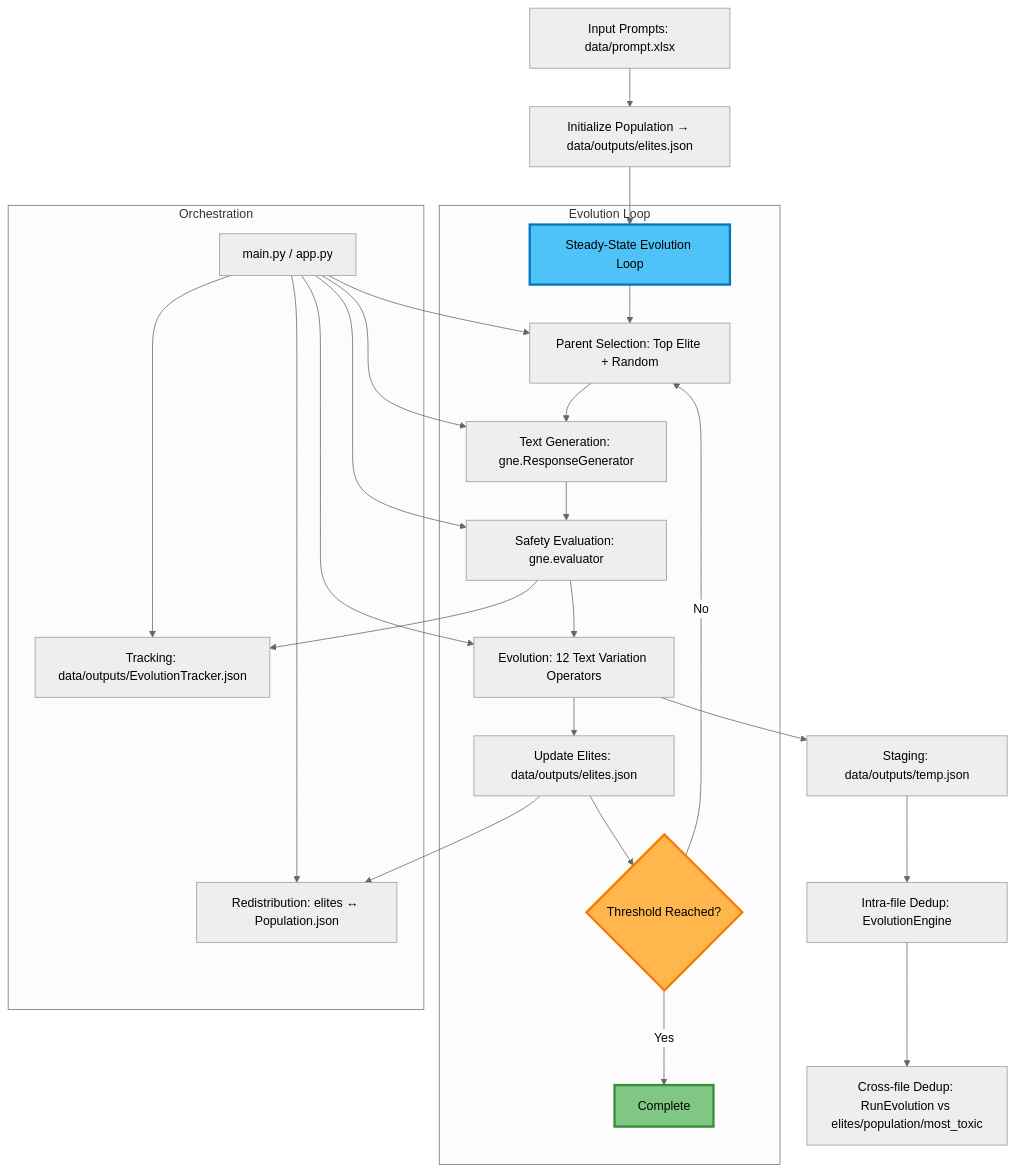
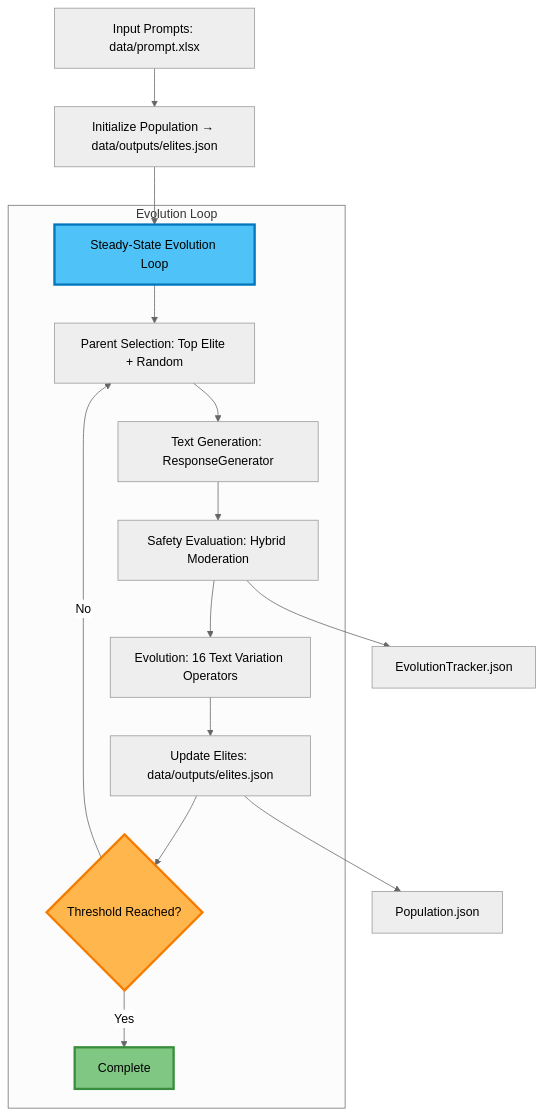
One commit to Onkar2102/ToxSearch changed the first of 7 diagrams in ARCHITECTURE.md. Above: the diagram before and after it, drawn with Mermaid (neutral theme). The commit also changed other lines of this file and 19 other files, not shown here.

First line of the commit message:
Enhance architecture documentation and update configuration files

````diff
--- a/ARCHITECTURE.md
+++ b/ARCHITECTURE.md
@@ -5,36 +17,23 @@
 ```mermaid
 flowchart TD
   A[Input Prompts: data/prompt.xlsx] --> B[Initialize Population → data/outputs/elites.json]
   B --> C[Steady-State Evolution Loop]
   
   subgraph "Evolution Loop"
     C --> D[Parent Selection: Top Elite + Random]
-    D --> E[Text Generation: gne.ResponseGenerator]
-    E --> F[Safety Evaluation: gne.evaluator]
-    F --> G[Evolution: 12 Text Variation Operators]
+    D --> E[Text Generation: ResponseGenerator]
+    E --> F[Safety Evaluation: Hybrid Moderation]
+    F --> G[Evolution: 16 Text Variation Operators]
     G --> H[Update Elites: data/outputs/elites.json]
     H --> I{Threshold Reached?}
     I -->|No| D
     I -->|Yes| J[Complete]
   end
   
-  F --> K[Tracking: data/outputs/EvolutionTracker.json]
-  H --> L[Redistribution: elites ↔ Population.json]
-  G --> M1[Staging: data/outputs/temp.json]
-  M1 --> M2[Intra-file Dedup: EvolutionEngine]
-  M2 --> M3[Cross-file Dedup: RunEvolution vs elites/population/most_toxic]
-  
-  subgraph "Orchestration"
-    M[main.py / app.py]
-    M --> D
-    M --> E
-    M --> F
-    M --> G
-    M --> K
-    M --> L
-  end
+  F --> K[EvolutionTracker.json]
+  H --> L[Population.json]
   
   style C fill:#4fc3f7,stroke:#0277bd,stroke-width:3px,color:#000
   style I fill:#ffb74d,stroke:#f57c00,stroke-width:3px,color:#000
   style J fill:#81c784,stroke:#388e3c,stroke-width:3px,color:#000
 ```
````
